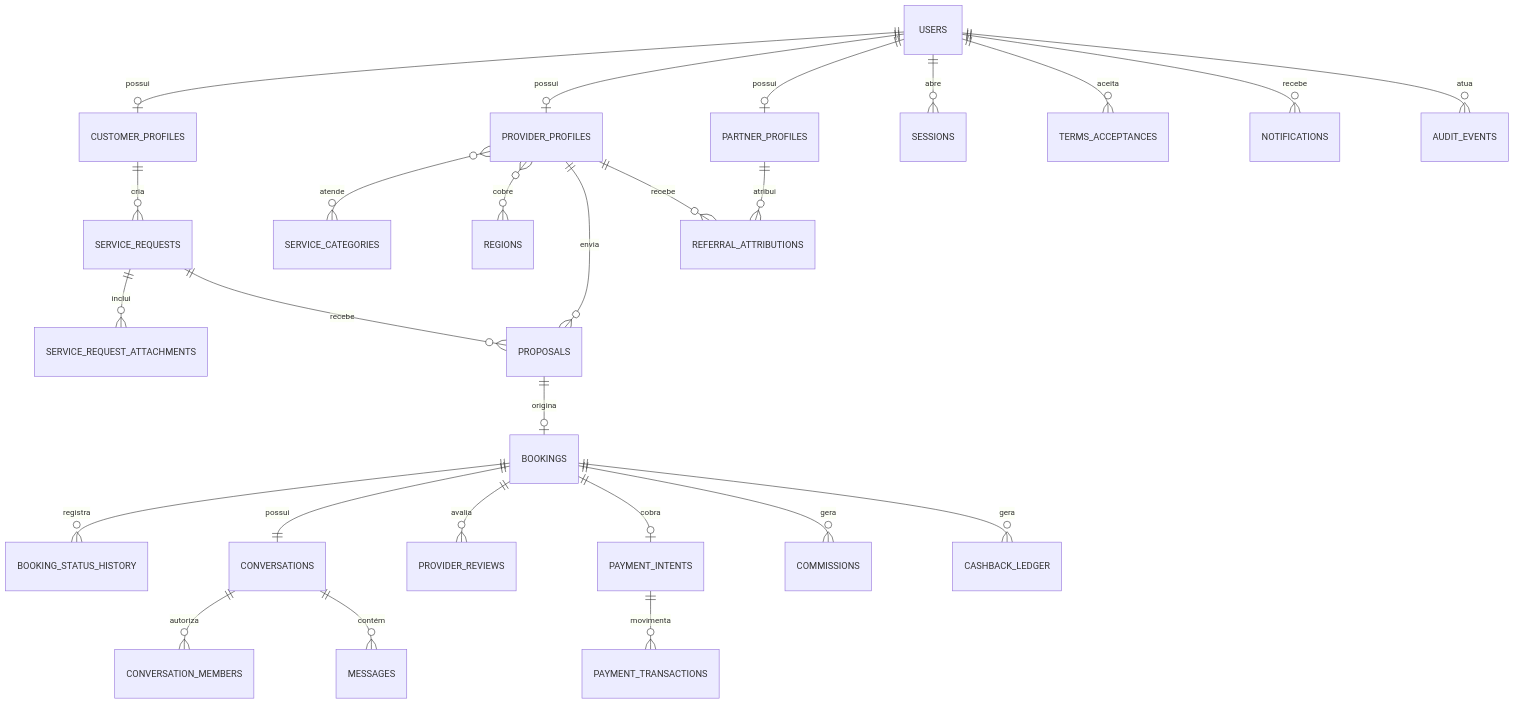
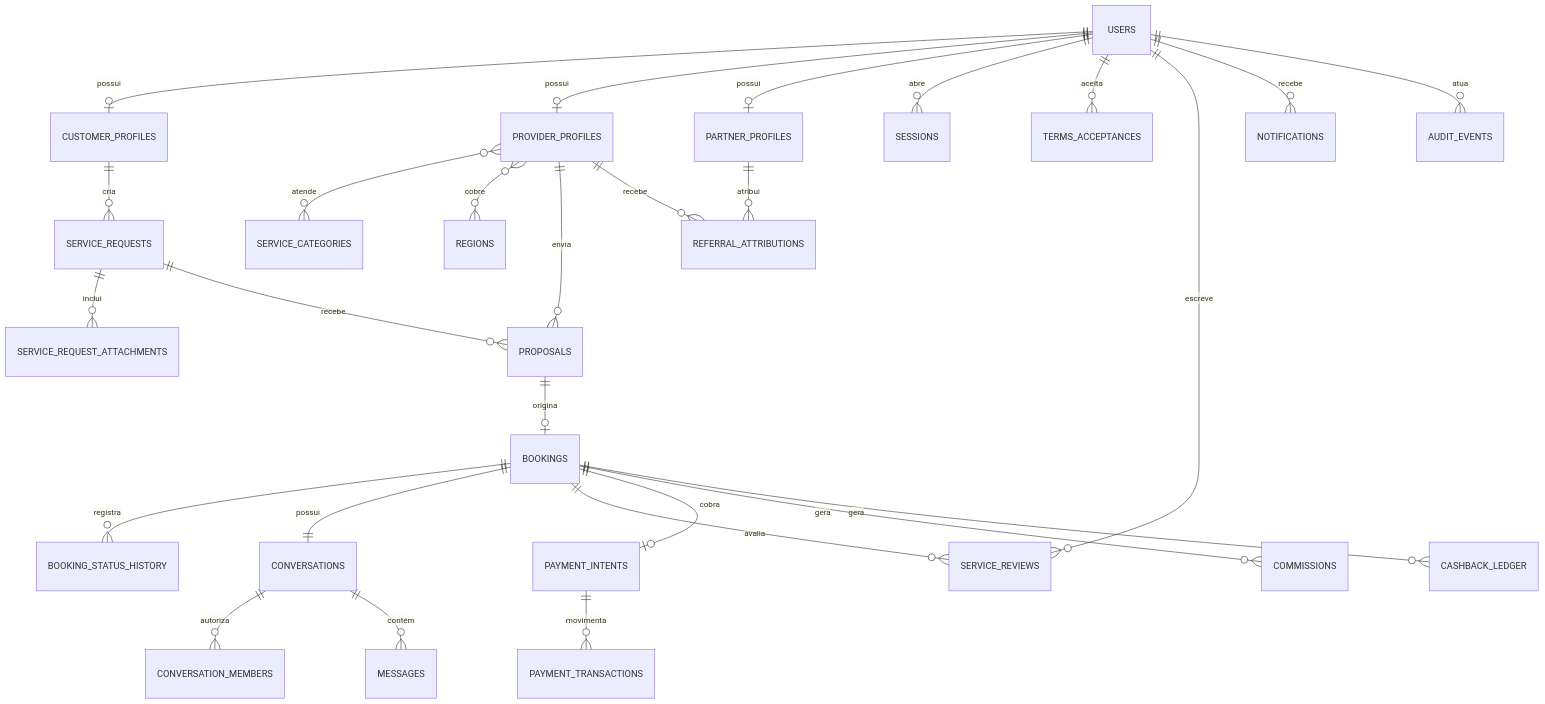
Before and after one commit to totalutiliti/max_service: the diagram in docs/architecture/erd.md, drawn with Mermaid. The commit also changed 9 other files, not shown here.

````diff
--- a/docs/architecture/erd.md
+++ b/docs/architecture/erd.md
@@ -3,28 +3,29 @@
 ```mermaid
 erDiagram
   USERS ||--o| CUSTOMER_PROFILES : possui
   USERS ||--o| PROVIDER_PROFILES : possui
   USERS ||--o| PARTNER_PROFILES : possui
   USERS ||--o{ SESSIONS : abre
   USERS ||--o{ TERMS_ACCEPTANCES : aceita
   PROVIDER_PROFILES }o--o{ SERVICE_CATEGORIES : atende
   PROVIDER_PROFILES }o--o{ REGIONS : cobre
   CUSTOMER_PROFILES ||--o{ SERVICE_REQUESTS : cria
   SERVICE_REQUESTS ||--o{ SERVICE_REQUEST_ATTACHMENTS : inclui
   SERVICE_REQUESTS ||--o{ PROPOSALS : recebe
   PROVIDER_PROFILES ||--o{ PROPOSALS : envia
   PROPOSALS ||--o| BOOKINGS : origina
   BOOKINGS ||--o{ BOOKING_STATUS_HISTORY : registra
   BOOKINGS ||--|| CONVERSATIONS : possui
   CONVERSATIONS ||--o{ CONVERSATION_MEMBERS : autoriza
   CONVERSATIONS ||--o{ MESSAGES : contém
-  BOOKINGS ||--o{ PROVIDER_REVIEWS : avalia
+  BOOKINGS ||--o{ SERVICE_REVIEWS : avalia
+  USERS ||--o{ SERVICE_REVIEWS : escreve
   PARTNER_PROFILES ||--o{ REFERRAL_ATTRIBUTIONS : atribui
   PROVIDER_PROFILES ||--o{ REFERRAL_ATTRIBUTIONS : recebe
   BOOKINGS ||--o| PAYMENT_INTENTS : cobra
   PAYMENT_INTENTS ||--o{ PAYMENT_TRANSACTIONS : movimenta
   BOOKINGS ||--o{ COMMISSIONS : gera
   BOOKINGS ||--o{ CASHBACK_LEDGER : gera
   USERS ||--o{ NOTIFICATIONS : recebe
   USERS ||--o{ AUDIT_EVENTS : atua
 ```
````
